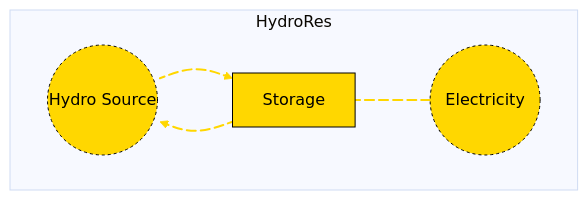
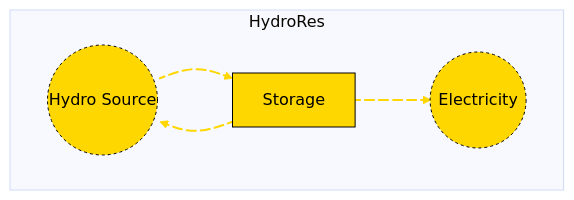
Before and after one commit to openmod-tracker/MacroEnergy.jl: the diagram in docs/src/Manual/assets/hydropower.md, drawn with Mermaid. The commit also changed 12 other files, not shown here.

Commit message:
Fix Mermaid diagram rendering issues in asset library

````diff
--- a/docs/src/Manual/assets/hydropower.md
+++ b/docs/src/Manual/assets/hydropower.md
@@ -22,20 +22,20 @@
 ```mermaid
 %%{init: {'theme': 'base', 'themeVariables': { 'background': '#D1EBDE' }}}%%
 flowchart LR
   subgraph HydroRes
     direction LR
     A((Hydro Source)) e1@--> B[Storage] e2@--> C((Electricity))
     B e3@--> A
     e1@{ animate: true }
     e2@{ animate: true }
     e3@{ animate: true }
   end
   
   style A r:55px,fill:#FFD700,stroke:black,color:black,stroke-dasharray: 3,5;
   style B fill:#FFD700,stroke:black,color:black;
-  style C r:55px,fill:#FFD700,stroke:black,color:black,stroke-dasharray: 3,5;
+  style C r:48px,fill:#FFD700,stroke:black,color:black,stroke-dasharray: 3,5;
 
   linkStyle 0 stroke:#FFD700, stroke-width: 2px;
   linkStyle 1 stroke:#FFD700, stroke-width: 2px;
   linkStyle 2 stroke:#FFD700, stroke-width: 2px;
 ```
````
